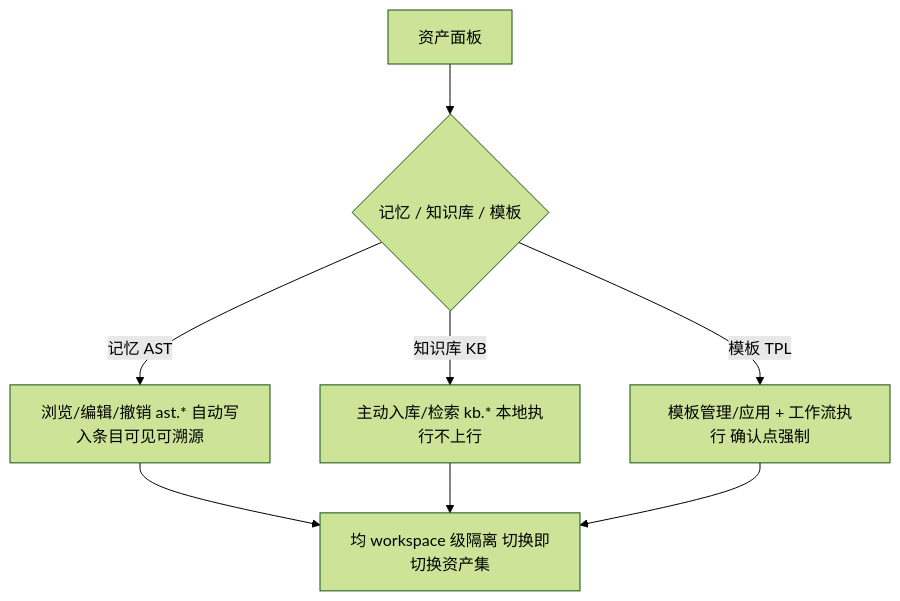
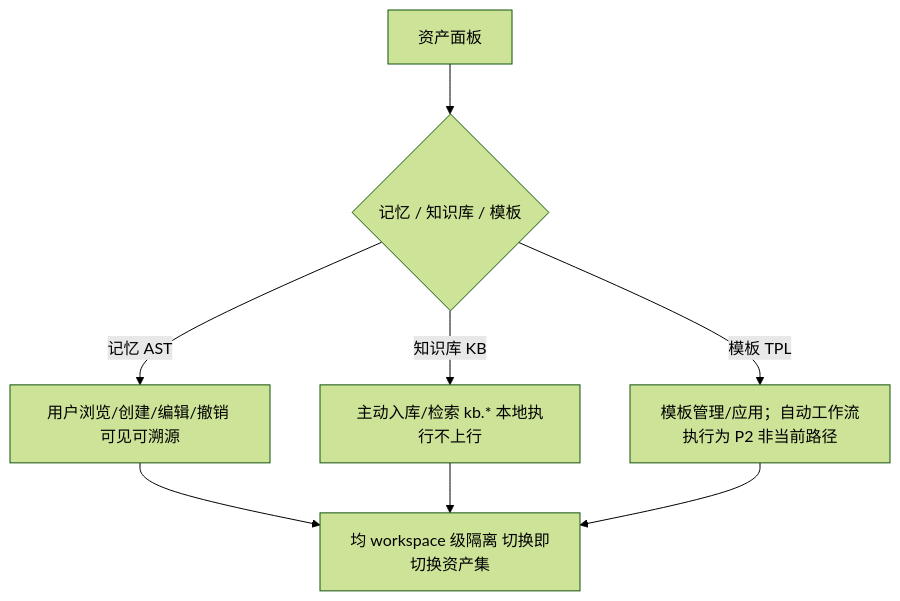
Before and after one commit to adu-chen/binder-desktop: the eighth of 9 diagrams in docs/01_modules/SYS/A-SYS-C-T-02_前端交互架构与流程总图.md, drawn with Mermaid (forest theme). The commit also changed other lines of this file and 18 other files, not shown here.

````diff
--- a/docs/01_modules/SYS/A-SYS-C-T-02_前端交互架构与流程总图.md
+++ b/docs/01_modules/SYS/A-SYS-C-T-02_前端交互架构与流程总图.md
@@ -348,10 +338,10 @@
 ```mermaid
 flowchart TD
   AP2[资产面板] --> TAB{记忆 / 知识库 / 模板}
-  TAB -- 记忆 AST --> MM[浏览/编辑/撤销 ast.* 自动写入条目可见可溯源]
+  TAB -- 记忆 AST --> MM[用户浏览/创建/编辑/撤销 可见可溯源]
   TAB -- 知识库 KB --> KK[主动入库/检索 kb.* 本地执行不上行]
-  TAB -- 模板 TPL --> TT[模板管理/应用 + 工作流执行 确认点强制]
+  TAB -- 模板 TPL --> TT[模板管理/应用；自动工作流执行为 P2 非当前路径]
   MM --> ISO[均 workspace 级隔离 切换即切换资产集]
   KK --> ISO
   TT --> ISO
 ```
````
